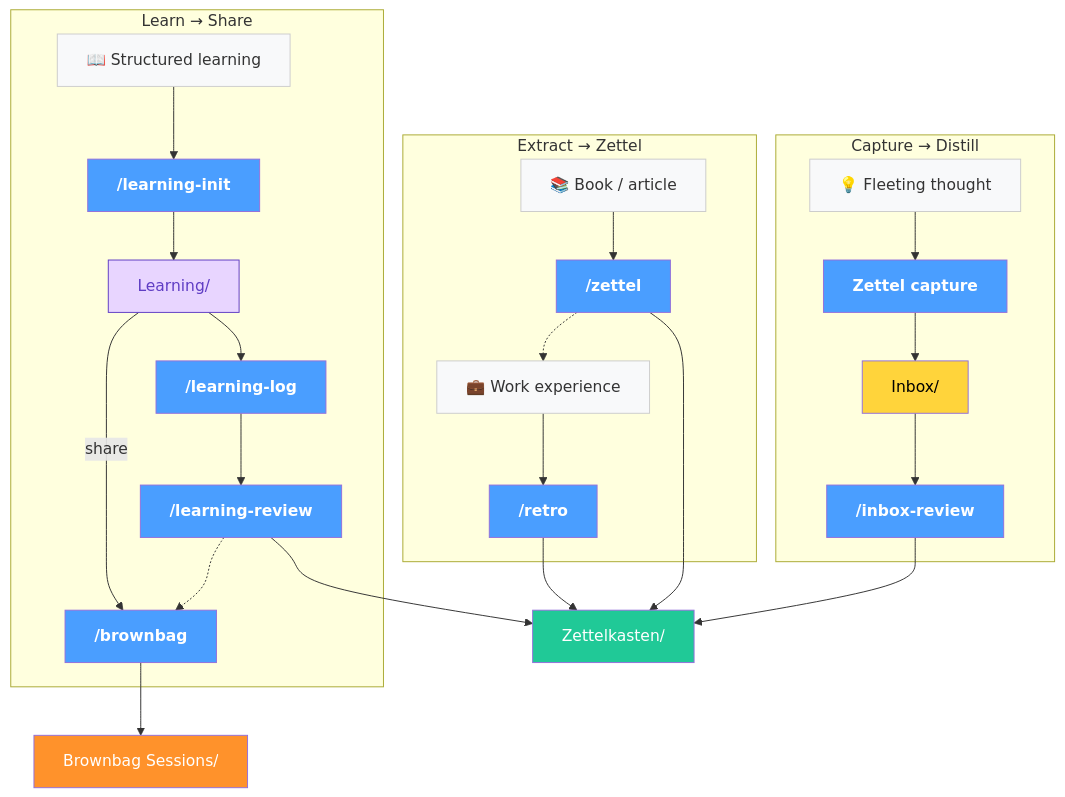
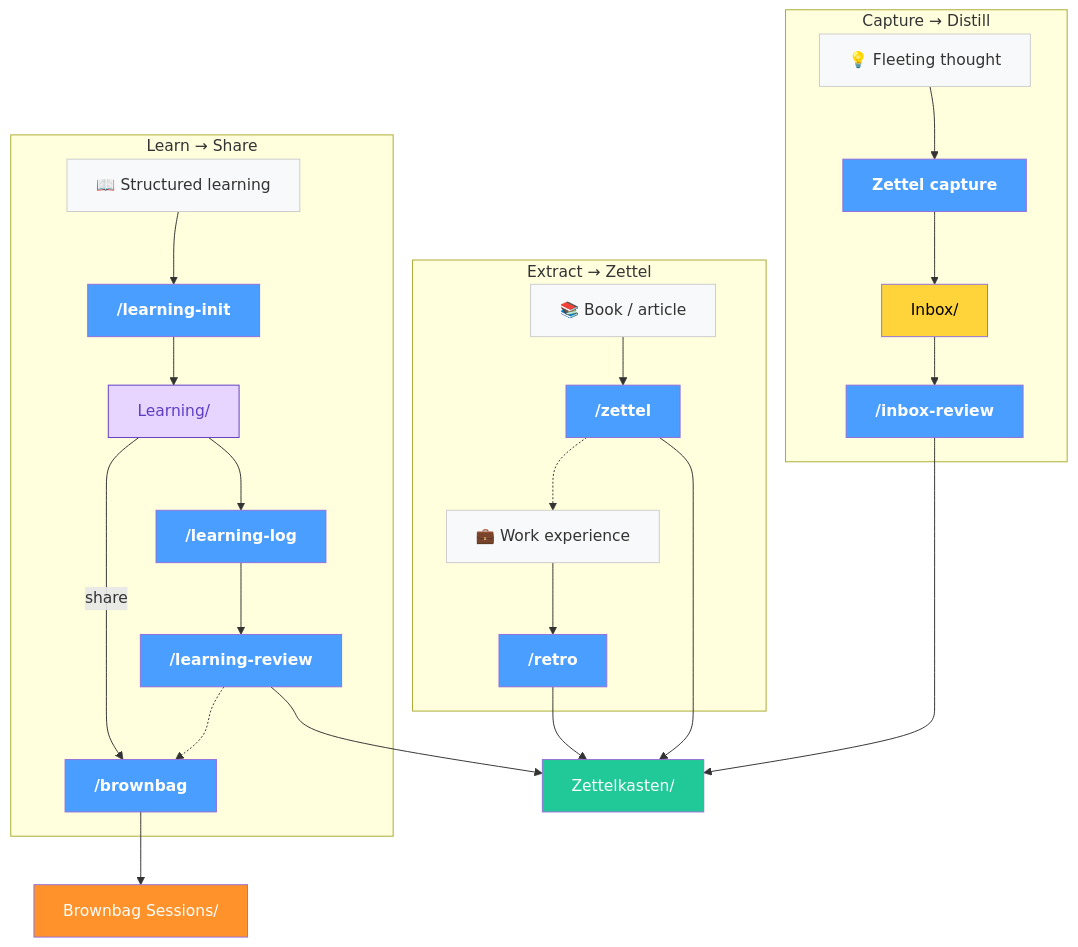
One commit to yepengfan/obsidian-workflow changed the third of 3 diagrams in README.md. Above: the diagram before and after it, drawn with Mermaid.

Commit message:
Force subgraph order: capture → learn → extract
Add invisible links between subgraphs to control left-to-right
column ordering in Knowledge Flow diagram.

````diff
--- a/README.md
+++ b/README.md
@@ -106,37 +106,39 @@
 ```mermaid
 flowchart TD
     classDef cmd fill:#4a9eff,color:#fff,font-weight:bold
     classDef store fill:#20c997,color:#fff
     classDef inbox fill:#ffd43b,color:#000
     classDef source fill:#f8f9fa,color:#333,stroke:#ccc
     classDef plan fill:#e8d5ff,color:#5f3dc4,stroke:#5f3dc4
     classDef output fill:#ff922b,color:#fff
 
     subgraph capture ["Capture → Distill"]
         THOUGHT["💡 Fleeting thought"]:::source
         THOUGHT --> BTN["Zettel capture"]:::cmd
         BTN --> INBOX["Inbox/"]:::inbox
         INBOX --> IR["/inbox-review"]:::cmd
     end
 
     subgraph learn ["Learn → Share"]
         COURSE["📖 Structured learning"]:::source --> LI["/learning-init"]:::cmd
         LI --> PLAN["Learning/"]:::plan
         PLAN --> LL["/learning-log"]:::cmd
         LL --> LR["/learning-review"]:::cmd
         LR -.-> BB["/brownbag"]:::cmd
     end
 
     subgraph extract ["Extract → Zettel"]
         BOOK["📚 Book / article"]:::source --> ZT["/zettel"]:::cmd
         ZT -.-> WORK_EXP["💼 Work experience"]:::source
         WORK_EXP --> RT["/retro"]:::cmd
     end
 
+    capture ~~~ learn ~~~ extract
+
     IR --> ZK["Zettelkasten/"]:::store
     ZT --> ZK
     RT --> ZK
     LR --> ZK
     PLAN -->|share| BB
     BB --> BBS["Brownbag Sessions/"]:::output
 ```
````
